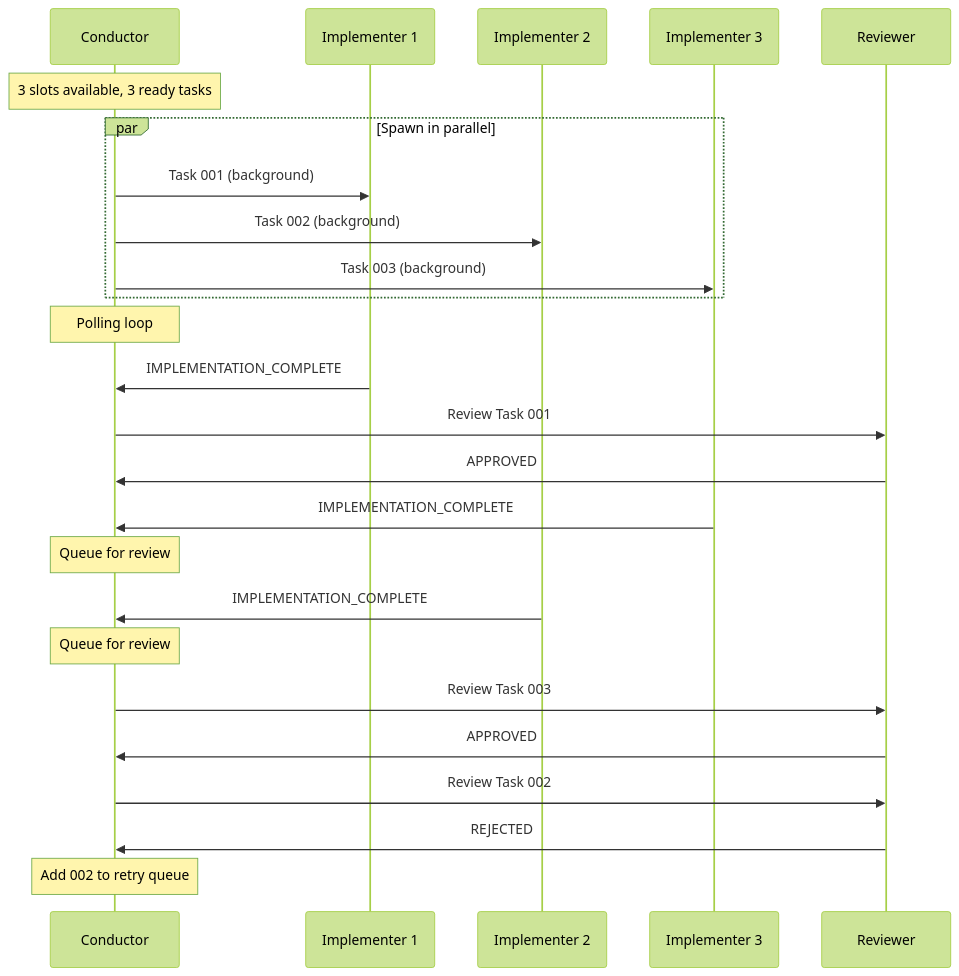
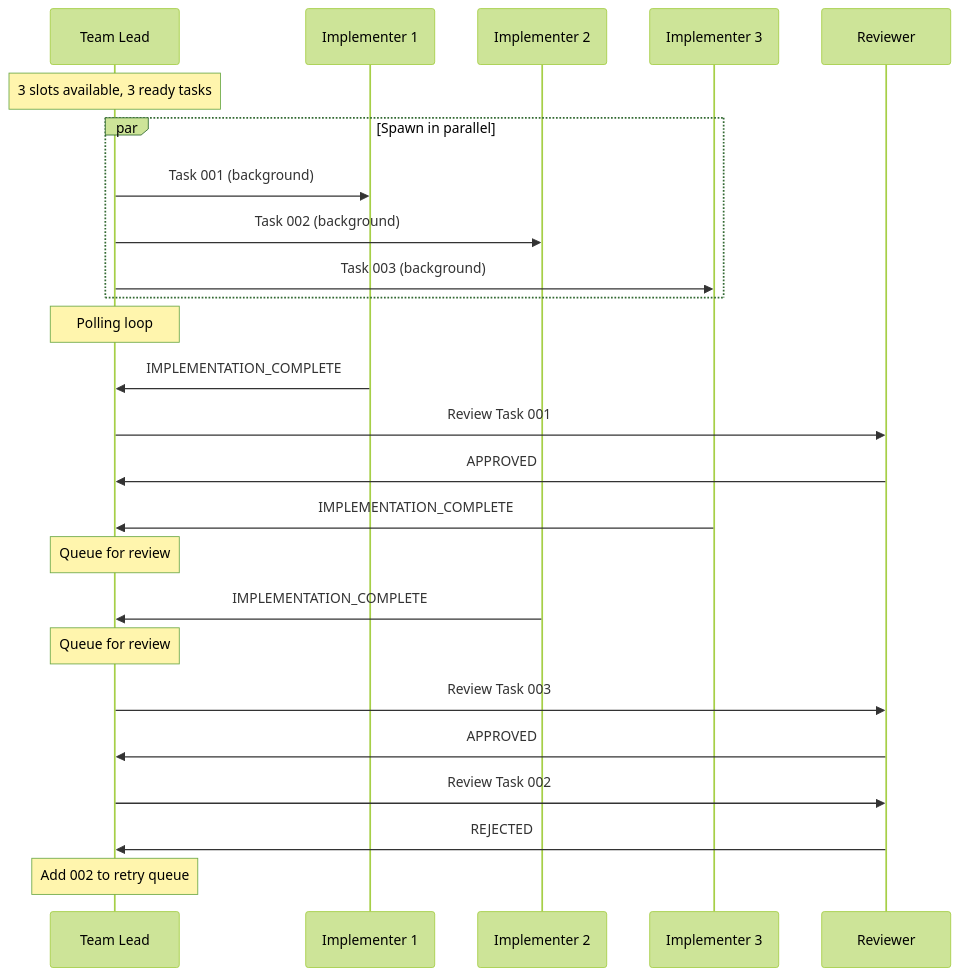
The fourth of 4 diagrams in diagrams/sequence-diagram.md (Zxela/claude-create), drawn with Mermaid (forest theme) before and after one commit. The commit also changed other lines of this file and 5 other files, not shown here.

First line of the commit message:
docs: update diagrams and docs for flat spawn architecture

````diff
--- a/diagrams/sequence-diagram.md
+++ b/diagrams/sequence-diagram.md
@@ -159,36 +172,36 @@
 ```mermaid
 sequenceDiagram
-    participant C as Conductor
+    participant C as Team Lead
     participant I1 as Implementer 1
     participant I2 as Implementer 2
     participant I3 as Implementer 3
     participant R as Reviewer
 
     Note over C: 3 slots available, 3 ready tasks
 
     par Spawn in parallel
         C->>I1: Task 001 (background)
         C->>I2: Task 002 (background)
         C->>I3: Task 003 (background)
     end
 
     Note over C: Polling loop
 
     I1->>C: IMPLEMENTATION_COMPLETE
     C->>R: Review Task 001
     R->>C: APPROVED
 
     I3->>C: IMPLEMENTATION_COMPLETE
     Note over C: Queue for review
 
     I2->>C: IMPLEMENTATION_COMPLETE
     Note over C: Queue for review
 
     C->>R: Review Task 003
     R->>C: APPROVED
 
     C->>R: Review Task 002
     R->>C: REJECTED
 
     Note over C: Add 002 to retry queue
 ```
````
